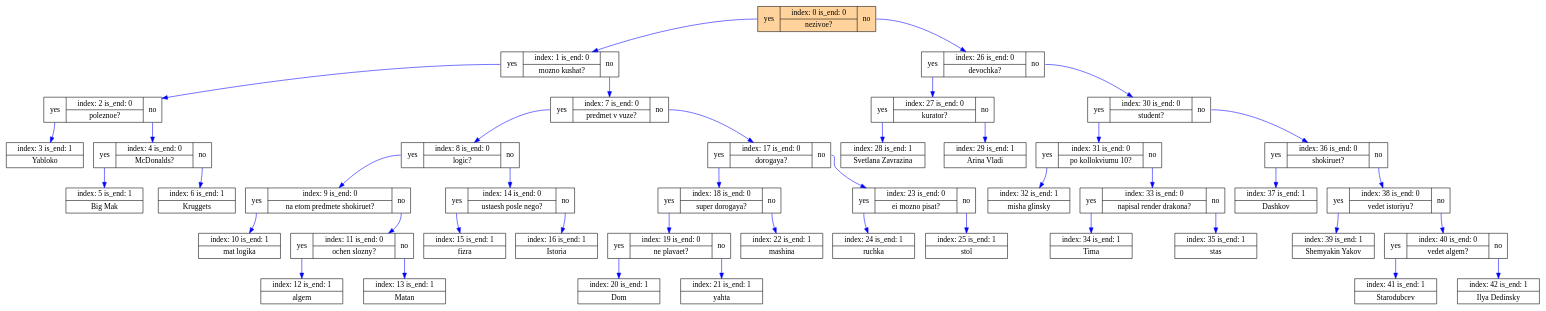
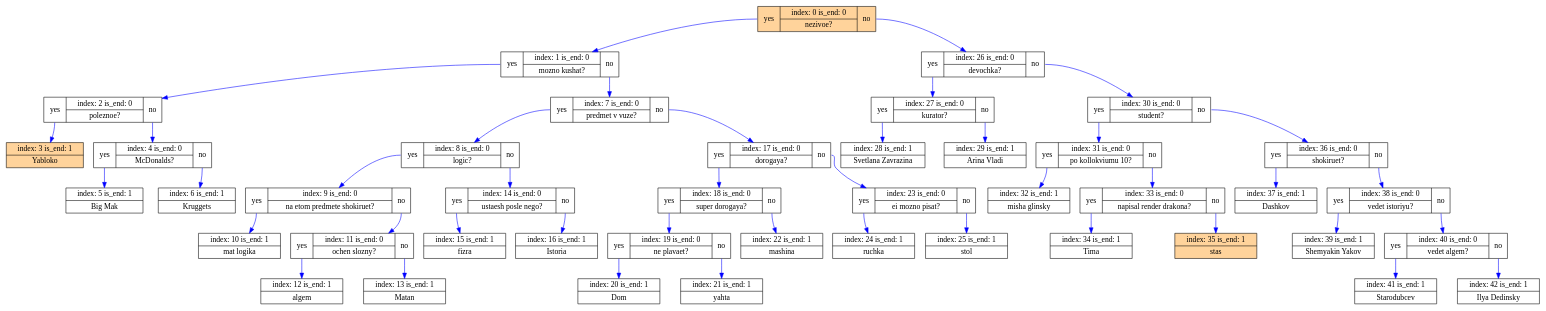
One commit to Mchl-krpch/akinator changed the diagram in .visual/dump_file.dot. Above: the diagram before and after it, drawn with Graphviz. The commit also changed 3 other files, not shown here.

```diff
--- a/.visual/dump_file.dot
+++ b/.visual/dump_file.dot
@@ -1,87 +1,87 @@
 digraph G {
 	L0[shape="record",style="filled",fillcolor="burlywood1", label=" <lp1> yes | { index: 0 is_end: 0 | nezivoe?} | <lp2> no"];
 	L26[shape="record", label=" <lp27> yes | { index: 26 is_end: 0 | devochka?} | <lp28> no"];
 	L30[shape="record", label=" <lp31> yes | { index: 30 is_end: 0 | student?} | <lp32> no"];
 	L36[shape="record", label=" <lp37> yes | { index: 36 is_end: 0 | shokiruet?} | <lp38> no"];
 	L38[shape="record", label=" <lp39> yes | { index: 38 is_end: 0 | vedet istoriyu?} | <lp40> no"];
 	L40[shape="record", label=" <lp41> yes | { index: 40 is_end: 0 | vedet algem?} | <lp42> no"];
 	L42[shape="record", label=" { index: 42 is_end: 1 | Ilya Dedinsky}"];
 	L41[shape="record", label=" { index: 41 is_end: 1 | Starodubcev}"];
 	L39[shape="record", label=" { index: 39 is_end: 1 | Shemyakin Yakov}"];
 	L37[shape="record", label=" { index: 37 is_end: 1 | Dashkov}"];
 	L31[shape="record", label=" <lp32> yes | { index: 31 is_end: 0 | po kollokviumu 10?} | <lp33> no"];
 	L33[shape="record", label=" <lp34> yes | { index: 33 is_end: 0 | napisal render drakona?} | <lp35> no"];
-	L35[shape="record", label=" { index: 35 is_end: 1 | stas}"];
+	L35[shape="record",style="filled",fillcolor="burlywood1", label=" { index: 35 is_end: 1 | stas}"];
 	L34[shape="record", label=" { index: 34 is_end: 1 | Tima}"];
 	L32[shape="record", label=" { index: 32 is_end: 1 | misha glinsky}"];
 	L27[shape="record", label=" <lp28> yes | { index: 27 is_end: 0 | kurator?} | <lp29> no"];
 	L29[shape="record", label=" { index: 29 is_end: 1 | Arina Vladi}"];
 	L28[shape="record", label=" { index: 28 is_end: 1 | Svetlana Zavrazina}"];
 	L1[shape="record", label=" <lp2> yes | { index: 1 is_end: 0 | mozno kushat?} | <lp3> no"];
 	L7[shape="record", label=" <lp8> yes | { index: 7 is_end: 0 | predmet v vuze?} | <lp9> no"];
 	L17[shape="record", label=" <lp18> yes | { index: 17 is_end: 0 | dorogaya?} | <lp19> no"];
 	L23[shape="record", label=" <lp24> yes | { index: 23 is_end: 0 | ei mozno pisat?} | <lp25> no"];
 	L25[shape="record", label=" { index: 25 is_end: 1 | stol}"];
 	L24[shape="record", label=" { index: 24 is_end: 1 | ruchka}"];
 	L18[shape="record", label=" <lp19> yes | { index: 18 is_end: 0 | super dorogaya?} | <lp20> no"];
 	L22[shape="record", label=" { index: 22 is_end: 1 | mashina}"];
 	L19[shape="record", label=" <lp20> yes | { index: 19 is_end: 0 | ne plavaet?} | <lp21> no"];
 	L21[shape="record", label=" { index: 21 is_end: 1 | yahta}"];
 	L20[shape="record", label=" { index: 20 is_end: 1 | Dom}"];
 	L8[shape="record", label=" <lp9> yes | { index: 8 is_end: 0 | logic?} | <lp10> no"];
 	L14[shape="record", label=" <lp15> yes | { index: 14 is_end: 0 | ustaesh posle nego?} | <lp16> no"];
 	L16[shape="record", label=" { index: 16 is_end: 1 | Istoria}"];
 	L15[shape="record", label=" { index: 15 is_end: 1 | fizra}"];
 	L9[shape="record", label=" <lp10> yes | { index: 9 is_end: 0 | na etom predmete shokiruet?} | <lp11> no"];
 	L11[shape="record", label=" <lp12> yes | { index: 11 is_end: 0 | ochen slozny?} | <lp13> no"];
 	L13[shape="record", label=" { index: 13 is_end: 1 | Matan}"];
 	L12[shape="record", label=" { index: 12 is_end: 1 | algem}"];
 	L10[shape="record", label=" { index: 10 is_end: 1 | mat logika}"];
 	L2[shape="record", label=" <lp3> yes | { index: 2 is_end: 0 | poleznoe?} | <lp4> no"];
 	L4[shape="record", label=" <lp5> yes | { index: 4 is_end: 0 | McDonalds?} | <lp6> no"];
 	L6[shape="record", label=" { index: 6 is_end: 1 | Kruggets}"];
 	L5[shape="record", label=" { index: 5 is_end: 1 | Big Mak}"];
-	L3[shape="record", label=" { index: 3 is_end: 1 | Yabloko}"];
+	L3[shape="record",style="filled",fillcolor="burlywood1", label=" { index: 3 is_end: 1 | Yabloko}"];
 	L0:<lp1> -> L1[color="blue"];
 	L1:<lp2> -> L2[color="blue"];
 	L2:<lp3> -> L3[color="blue"];
 	L2:<lp4> -> L4[color="blue"];
 	L4:<lp5> -> L5[color="blue"];
 	L4:<lp6> -> L6[color="blue"];
 	L1:<lp3> -> L7[color="blue"];
 	L7:<lp8> -> L8[color="blue"];
 	L8:<lp9> -> L9[color="blue"];
 	L9:<lp10> -> L10[color="blue"];
 	L9:<lp11> -> L11[color="blue"];
 	L11:<lp12> -> L12[color="blue"];
 	L11:<lp13> -> L13[color="blue"];
 	L8:<lp10> -> L14[color="blue"];
 	L14:<lp15> -> L15[color="blue"];
 	L14:<lp16> -> L16[color="blue"];
 	L7:<lp9> -> L17[color="blue"];
 	L17:<lp18> -> L18[color="blue"];
 	L18:<lp19> -> L19[color="blue"];
 	L19:<lp20> -> L20[color="blue"];
 	L19:<lp21> -> L21[color="blue"];
 	L18:<lp20> -> L22[color="blue"];
 	L17:<lp19> -> L23[color="blue"];
 	L23:<lp24> -> L24[color="blue"];
 	L23:<lp25> -> L25[color="blue"];
 	L0:<lp2> -> L26[color="blue"];
 	L26:<lp27> -> L27[color="blue"];
 	L27:<lp28> -> L28[color="blue"];
 	L27:<lp29> -> L29[color="blue"];
 	L26:<lp28> -> L30[color="blue"];
 	L30:<lp31> -> L31[color="blue"];
 	L31:<lp32> -> L32[color="blue"];
 	L31:<lp33> -> L33[color="blue"];
 	L33:<lp34> -> L34[color="blue"];
 	L33:<lp35> -> L35[color="blue"];
 	L30:<lp32> -> L36[color="blue"];
 	L36:<lp37> -> L37[color="blue"];
 	L36:<lp38> -> L38[color="blue"];
 	L38:<lp39> -> L39[color="blue"];
 	L38:<lp40> -> L40[color="blue"];
 	L40:<lp41> -> L41[color="blue"];
 	L40:<lp42> -> L42[color="blue"];
 }
```
